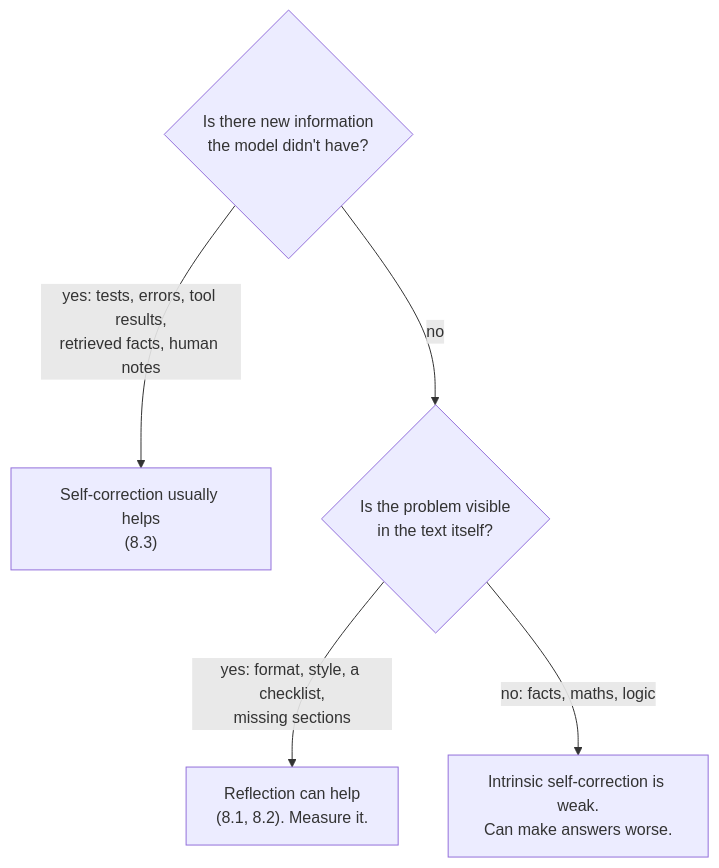
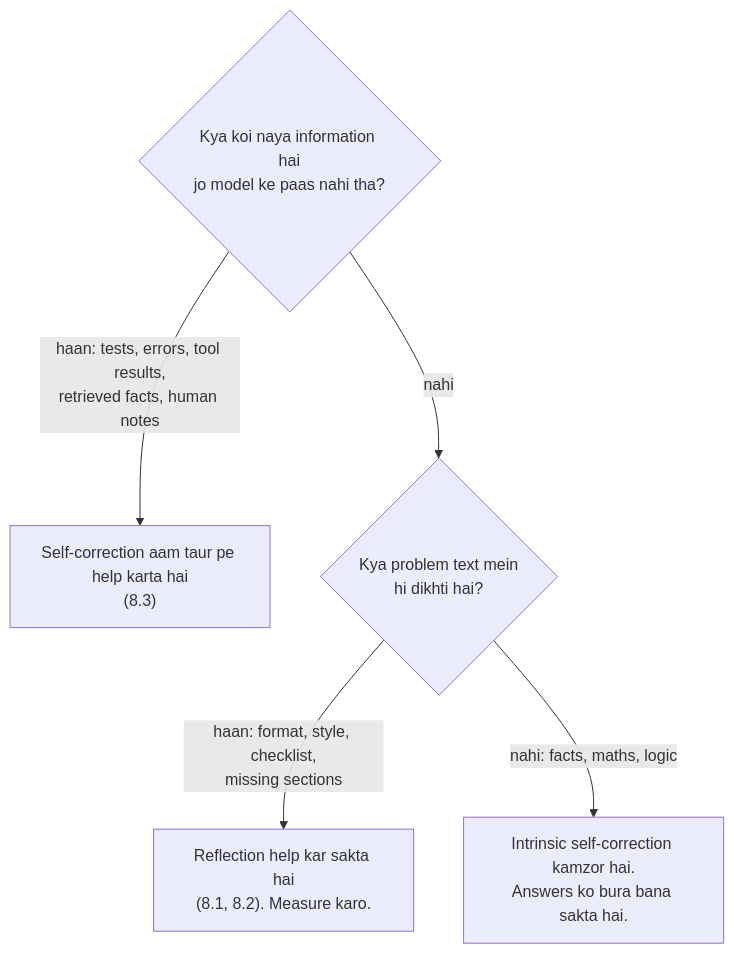
The diagram in docs/08-reflection-and-self-correction/08.4-limits-of-self-correction.md (asmustechno/agentic-ai-notes), drawn with Mermaid before and after one commit. The commit also changed other lines of this file and 135 other files, not shown here.

````diff
--- a/docs/08-reflection-and-self-correction/08.4-limits-of-self-correction.md
+++ b/docs/08-reflection-and-self-correction/08.4-limits-of-self-correction.md
@@ -43,8 +45,8 @@
 ```mermaid
 flowchart TD
-    Q{"Is there new information<br/>the model didn't have?"}
-    Q -->|"yes: tests, errors, tool results,<br/>retrieved facts, human notes"| G["Self-correction usually helps<br/>(8.3)"]
-    Q -->|no| C{"Is the problem visible<br/>in the text itself?"}
-    C -->|"yes: format, style, a checklist,<br/>missing sections"| M["Reflection can help<br/>(8.1, 8.2). Measure it."]
-    C -->|"no: facts, maths, logic"| B["Intrinsic self-correction is weak.<br/>Can make answers worse."]
+    Q{"Kya koi naya information hai<br/>jo model ke paas nahi tha?"}
+    Q -->|"haan: tests, errors, tool results,<br/>retrieved facts, human notes"| G["Self-correction aam taur pe help karta hai<br/>(8.3)"]
+    Q -->|nahi| C{"Kya problem text mein<br/>hi dikhti hai?"}
+    C -->|"haan: format, style, checklist,<br/>missing sections"| M["Reflection help kar sakta hai<br/>(8.1, 8.2). Measure karo."]
+    C -->|"nahi: facts, maths, logic"| B["Intrinsic self-correction kamzor hai.<br/>Answers ko bura bana sakta hai."]
 ```
````
